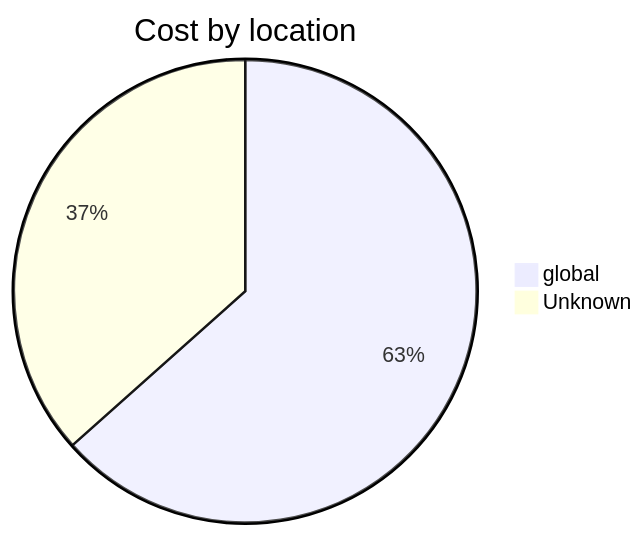
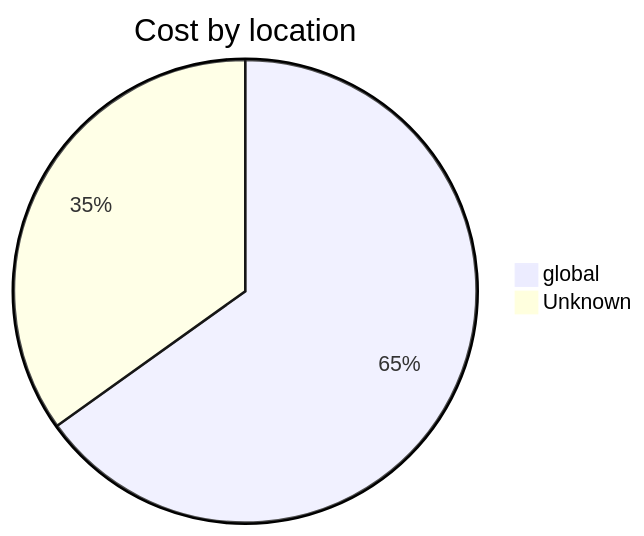
Before and after one commit to jpfulton/azure-personal-reports: the third of 4 diagrams in cost-reports/personal-dns/jpatrickfulton.dev.md, drawn with Mermaid. The commit also changed other lines of this file and 2 other files, not shown here.

````diff
--- a/cost-reports/personal-dns/jpatrickfulton.dev.md
+++ b/cost-reports/personal-dns/jpatrickfulton.dev.md
@@ -108,6 +108,6 @@
 ```mermaid
 pie
    title Cost by location
-   "global" : 0.26
+   "global" : 0.28
    "Unknown" : 0.15
 ```
````
